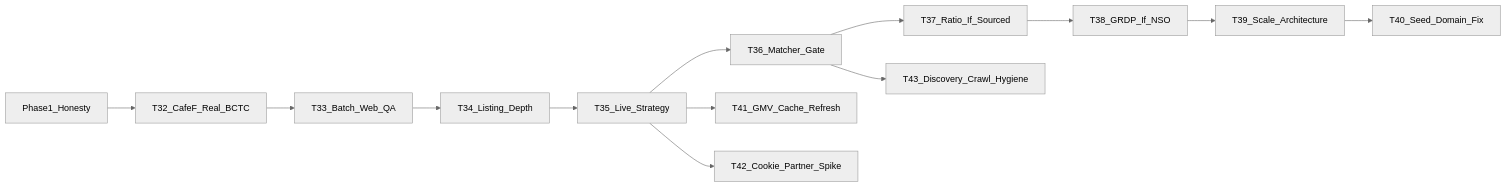
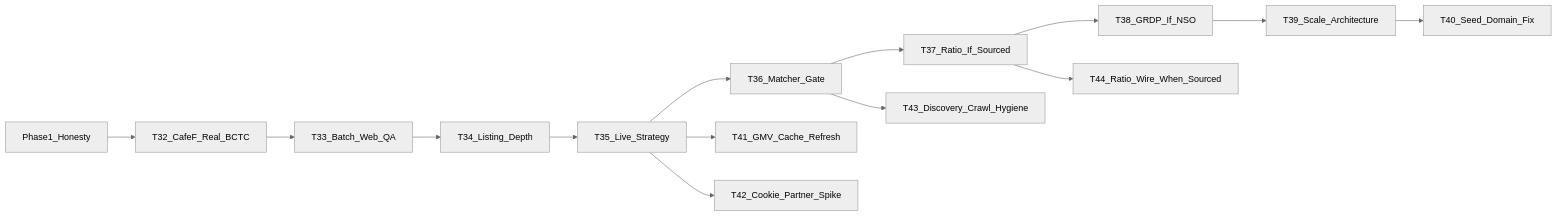
The diagram in .scratch/epic3-phase2-plan.md (thanhhale288/data-economy), drawn with Mermaid (neutral theme) before and after one commit. The commit also changed other lines of this file and 13 other files, not shown here.

````diff
--- a/.scratch/epic3-phase2-plan.md
+++ b/.scratch/epic3-phase2-plan.md
@@ -9,20 +9,22 @@
 ```mermaid
 flowchart LR
   P1[Phase1_Honesty]
   T32[T32_CafeF_Real_BCTC]
   T33[T33_Batch_Web_QA]
   T34[T34_Listing_Depth]
   T35[T35_Live_Strategy]
   T36[T36_Matcher_Gate]
   T37[T37_Ratio_If_Sourced]
   T38[T38_GRDP_If_NSO]
   T39[T39_Scale_Architecture]
   T40[T40_Seed_Domain_Fix]
   T41[T41_GMV_Cache_Refresh]
   T42[T42_Cookie_Partner_Spike]
   T43[T43_Discovery_Crawl_Hygiene]
+  T44[T44_Ratio_Wire_When_Sourced]
   P1 --> T32 --> T33 --> T34 --> T35 --> T36 --> T37 --> T38 --> T39 --> T40
   T35 --> T41
   T35 --> T42
   T36 --> T43
+  T37 --> T44
 ```
````
